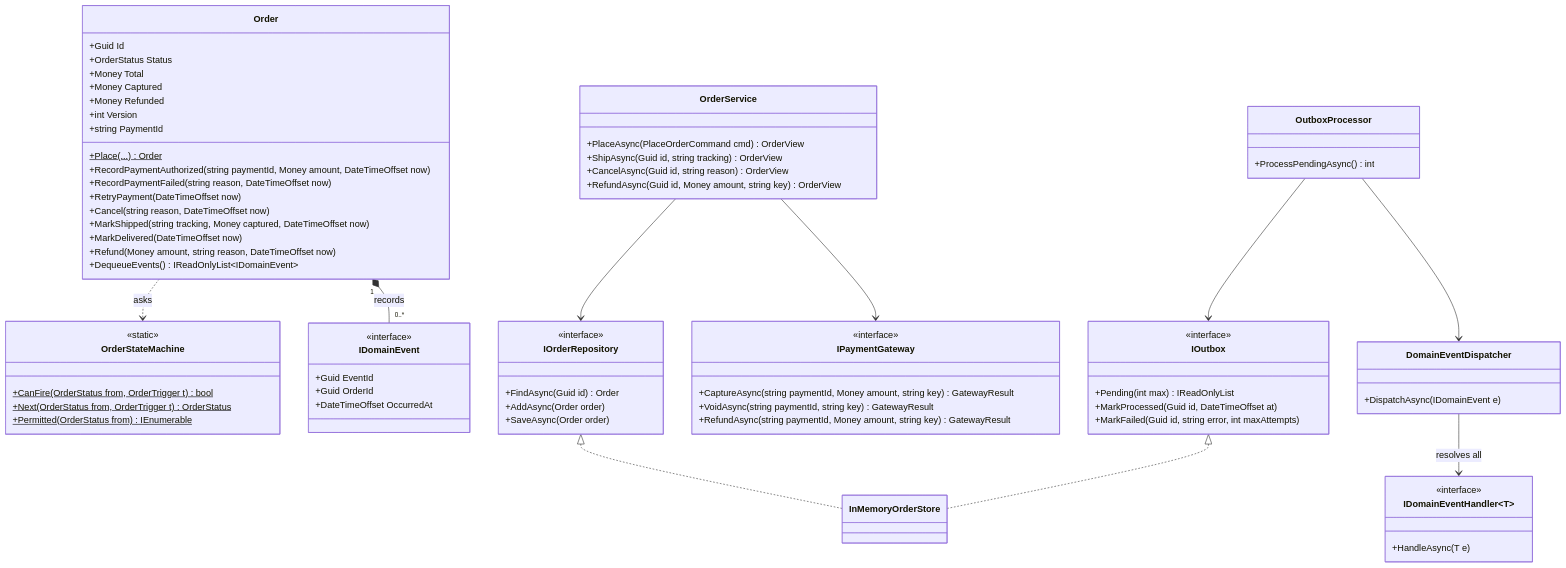
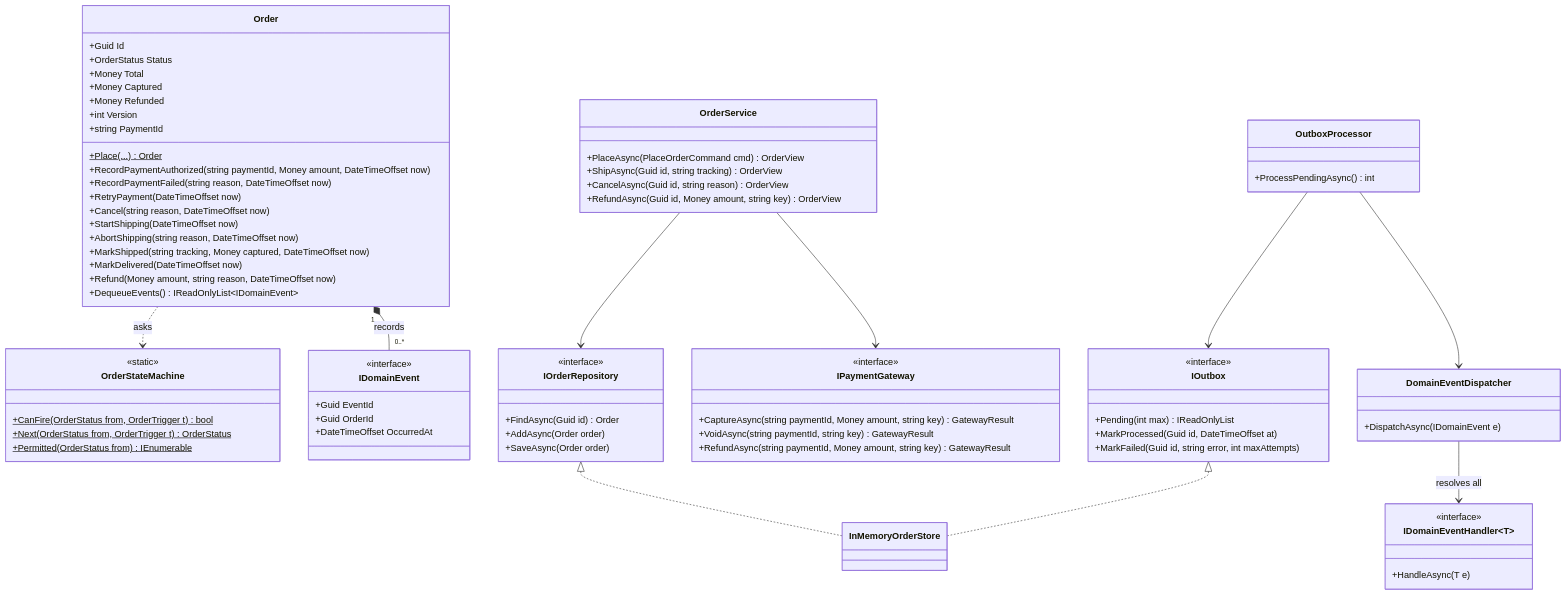
The first of 4 diagrams in content/lessons/m18/m18-order-processing.md (rizwi0786/system-design-lab), drawn with Mermaid before and after one commit. The commit also changed other lines of this file and 334 other files, not shown here.

````diff
--- a/content/lessons/m18/m18-order-processing.md
+++ b/content/lessons/m18/m18-order-processing.md
@@ -128,77 +128,79 @@
 ```mermaid
 classDiagram
     class Order {
         +Guid Id
         +OrderStatus Status
         +Money Total
         +Money Captured
         +Money Refunded
         +int Version
         +string PaymentId
         +Place(...)$ Order
         +RecordPaymentAuthorized(string paymentId, Money amount, DateTimeOffset now)
         +RecordPaymentFailed(string reason, DateTimeOffset now)
         +RetryPayment(DateTimeOffset now)
         +Cancel(string reason, DateTimeOffset now)
+        +StartShipping(DateTimeOffset now)
+        +AbortShipping(string reason, DateTimeOffset now)
         +MarkShipped(string tracking, Money captured, DateTimeOffset now)
         +MarkDelivered(DateTimeOffset now)
         +Refund(Money amount, string reason, DateTimeOffset now)
         +DequeueEvents() IReadOnlyList~IDomainEvent~
     }
     class OrderStateMachine {
         <<static>>
         +CanFire(OrderStatus from, OrderTrigger t)$ bool
         +Next(OrderStatus from, OrderTrigger t)$ OrderStatus
         +Permitted(OrderStatus from)$ IEnumerable
     }
     class IDomainEvent {
         <<interface>>
         +Guid EventId
         +Guid OrderId
         +DateTimeOffset OccurredAt
     }
     class OrderService {
         +PlaceAsync(PlaceOrderCommand cmd) OrderView
         +ShipAsync(Guid id, string tracking) OrderView
         +CancelAsync(Guid id, string reason) OrderView
         +RefundAsync(Guid id, Money amount, string key) OrderView
     }
     class IOrderRepository {
         <<interface>>
         +FindAsync(Guid id) Order
         +AddAsync(Order order)
         +SaveAsync(Order order)
     }
     class IOutbox {
         <<interface>>
         +Pending(int max) IReadOnlyList
         +MarkProcessed(Guid id, DateTimeOffset at)
         +MarkFailed(Guid id, string error, int maxAttempts)
     }
     class InMemoryOrderStore
     class IPaymentGateway {
         <<interface>>
         +CaptureAsync(string paymentId, Money amount, string key) GatewayResult
         +VoidAsync(string paymentId, string key) GatewayResult
         +RefundAsync(string paymentId, Money amount, string key) GatewayResult
     }
     class OutboxProcessor {
         +ProcessPendingAsync() int
     }
     class DomainEventDispatcher {
         +DispatchAsync(IDomainEvent e)
     }
     class IDomainEventHandler~T~ {
         <<interface>>
         +HandleAsync(T e)
     }
     Order ..> OrderStateMachine : asks
     Order "1" *-- "0..*" IDomainEvent : records
     OrderService --> IOrderRepository
     OrderService --> IPaymentGateway
     IOrderRepository <|.. InMemoryOrderStore
     IOutbox <|.. InMemoryOrderStore
     OutboxProcessor --> IOutbox
     OutboxProcessor --> DomainEventDispatcher
     DomainEventDispatcher --> IDomainEventHandler~T~ : resolves all
 ```
````
